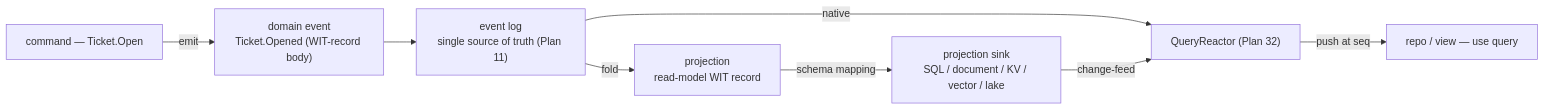
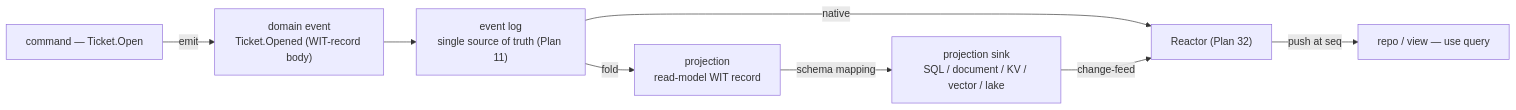
One commit to Tyler-R-Kendrick/HoBo changed the diagram in docs/design/39-data-plane-projections.md. Above: the diagram before and after it, drawn with Mermaid. The commit also changed other lines of this file and 9 other files, not shown here.

````diff
--- a/docs/design/39-data-plane-projections.md
+++ b/docs/design/39-data-plane-projections.md
@@ -31,10 +31,10 @@
 ```mermaid
 flowchart LR
   CMD["command — Ticket.Open"] -->|emit| EV["domain event<br/>Ticket.Opened (WIT-record body)"]
   EV --> LOG["event log<br/>single source of truth (Plan 11)"]
   LOG -->|fold| PROJ["projection<br/>read-model WIT record"]
   PROJ -->|schema mapping| SINK["projection sink<br/>SQL / document / KV / vector / lake"]
-  LOG -->|native| RX["QueryReactor (Plan 32)"]
+  LOG -->|native| RX["Reactor (Plan 32)"]
   SINK -->|change-feed| RX
   RX -->|push at seq| READ["repo / view — use query"]
 ```
````
